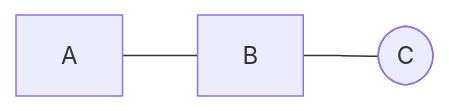
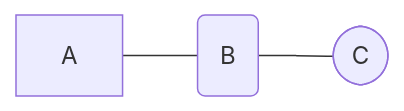
Before and after one commit to jaanos/jekyll-theme-primer: the diagram in README.md, drawn with Mermaid.

````diff
--- a/README.md
+++ b/README.md
@@ -13,5 +13,5 @@
 ```mermaid
 graph LR
 
-A --- B --- C([C])
+A --- B(B) --- C([C])
 ```
````
